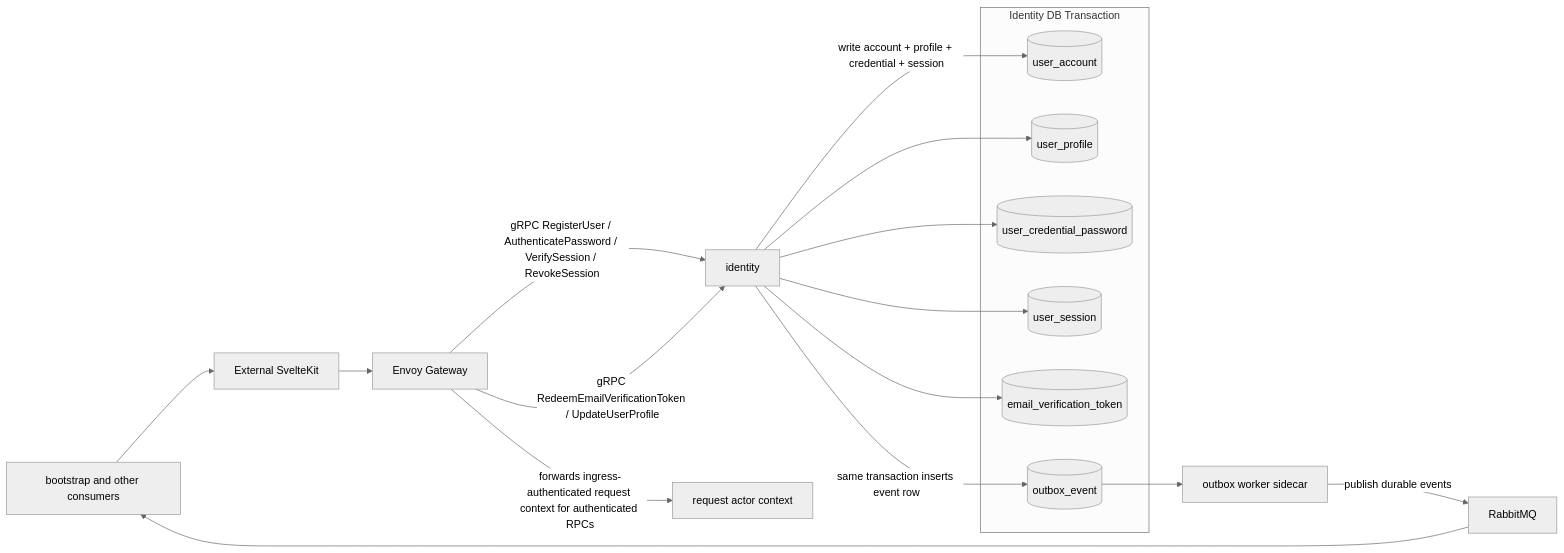
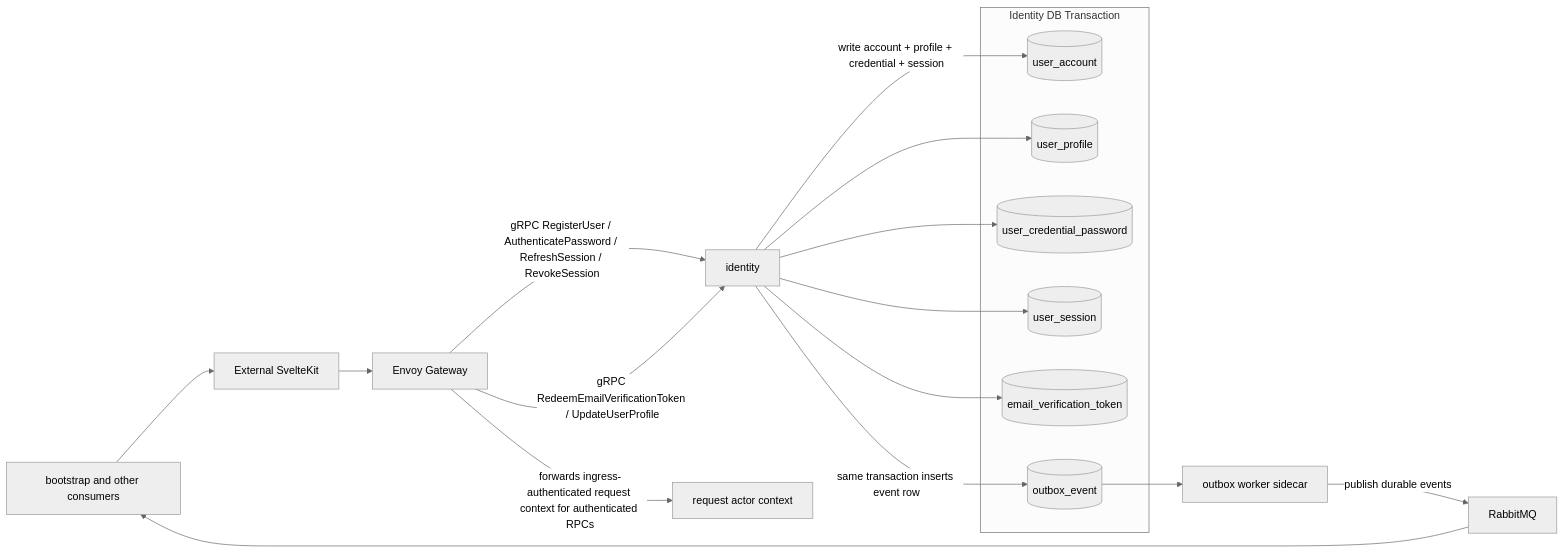
The diagram in docs/service/identity/diagram.md (nthnf/Relay), drawn with Mermaid (neutral theme) before and after one commit. The commit also changed other lines of this file and 27 other files, not shown here.

````diff
--- a/docs/service/identity/diagram.md
+++ b/docs/service/identity/diagram.md
@@ -3,29 +3,29 @@
 ```mermaid
 flowchart LR
     B[Browser Client] --> A[External SvelteKit]
     A --> G[Envoy Gateway]
-    G -->|gRPC RegisterUser / AuthenticatePassword / VerifySession / RevokeSession| I[identity]
+    G -->|gRPC RegisterUser / AuthenticatePassword / RefreshSession / RevokeSession| I[identity]
     G -->|gRPC RedeemEmailVerificationToken / UpdateUserProfile| I
 
     subgraph Identity DB Transaction
         UA[(user_account)]
         UP[(user_profile)]
         UC[(user_credential_password)]
         US[(user_session)]
         EV[(email_verification_token)]
         O[(outbox_event)]
     end
 
     I -->|write account + profile + credential + session| UA
     I --> UP
     I --> UC
     I --> US
     I --> EV
     I -->|same transaction inserts event row| O
 
     O --> W[outbox worker sidecar]
     W -->|publish durable events| R[RabbitMQ]
     R --> B[bootstrap and other consumers]
 
     G -->|forwards ingress-authenticated request context for authenticated RPCs| Ctx[request actor context]
 ```
````
